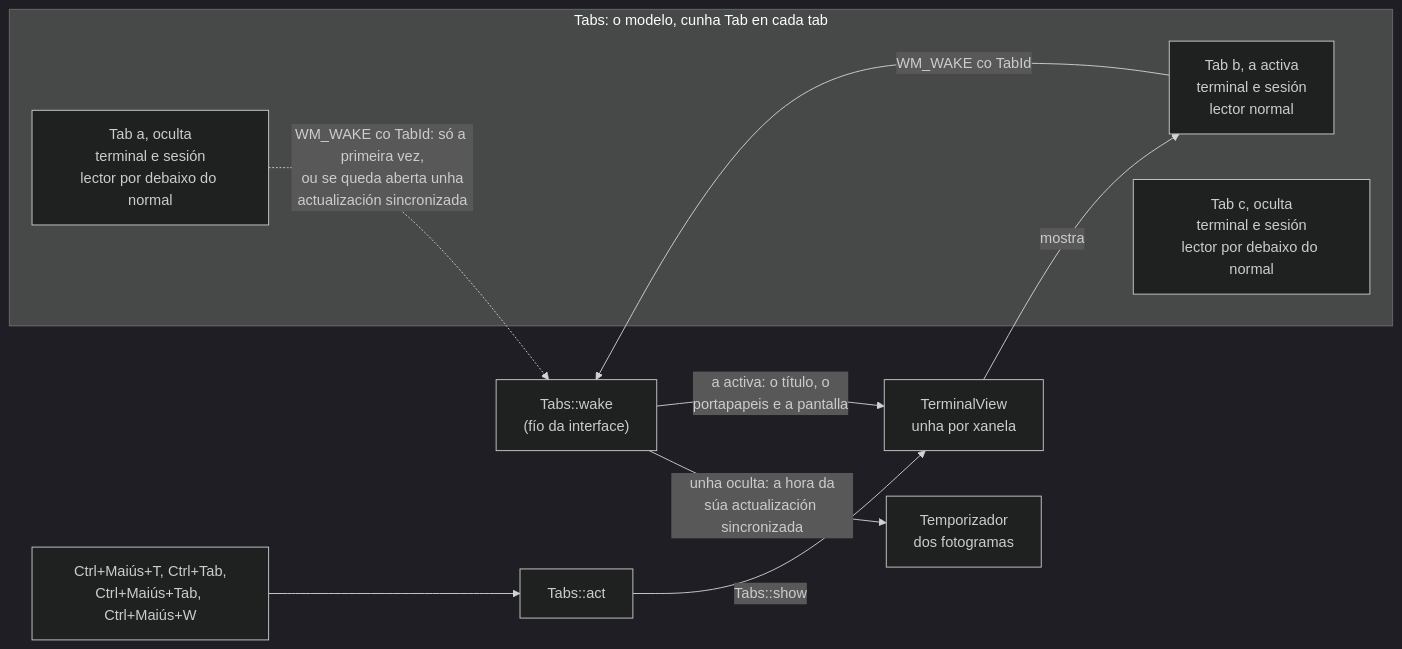
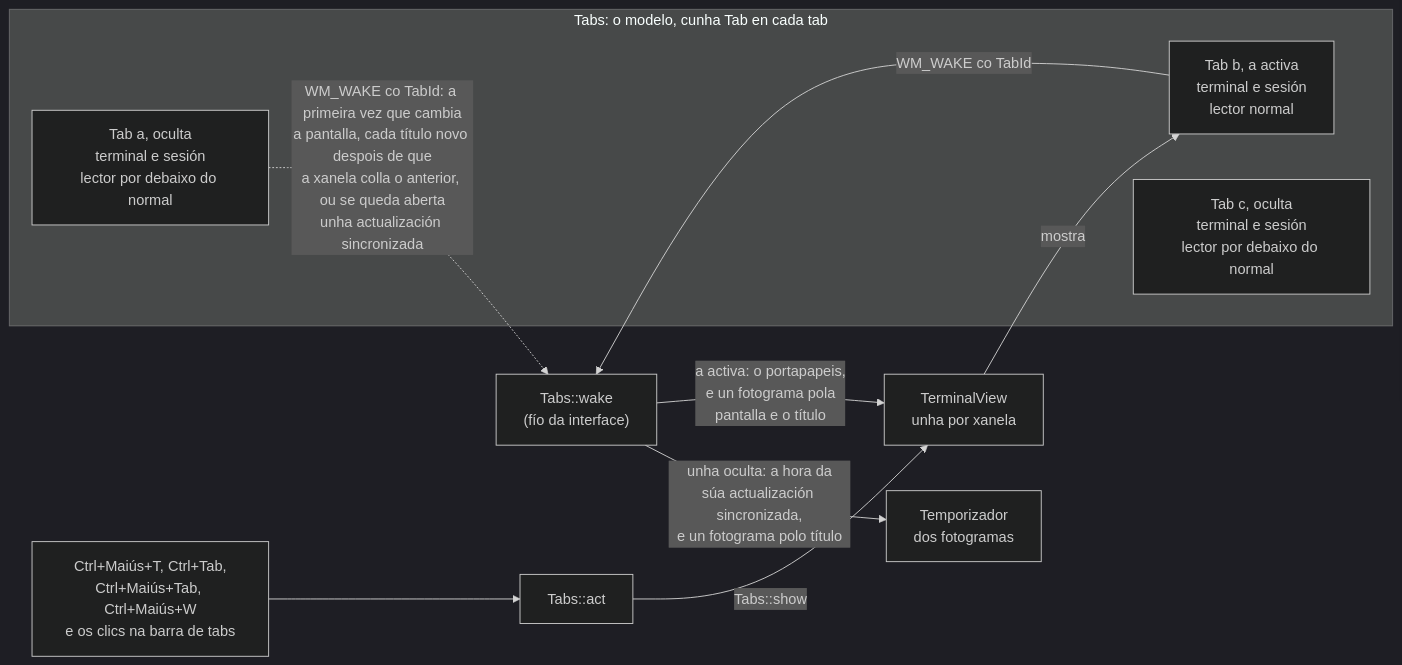
Diagram 12 of 16 in docs/arquitectura.md (NewHouses/meiga), drawn with Mermaid (dark theme) before and after one commit. The commit also changed other lines of this file and 37 other files, not shown here.

````diff
--- a/docs/arquitectura.md
+++ b/docs/arquitectura.md
@@ -327,15 +328,15 @@
 ```mermaid
 flowchart LR
     subgraph model["Tabs: o modelo, cunha Tab en cada tab"]
         a["Tab a, oculta<br/>terminal e sesión<br/>lector por debaixo do normal"]
         b["Tab b, a activa<br/>terminal e sesión<br/>lector normal"]
         c["Tab c, oculta<br/>terminal e sesión<br/>lector por debaixo do normal"]
     end
     view["TerminalView<br/>unha por xanela"] -- "mostra" --> b
     b -- "WM_WAKE co TabId" --> ui["Tabs::wake<br/>(fío da interface)"]
-    a -. "WM_WAKE co TabId: só a primeira vez,<br/>ou se queda aberta unha<br/>actualización sincronizada" .-> ui
-    ui -- "a activa: o título, o<br/>portapapeis e a pantalla" --> view
-    ui -- "unha oculta: a hora da<br/>súa actualización sincronizada" --> timer["Temporizador<br/>dos fotogramas"]
-    keys["Ctrl+Maiús+T, Ctrl+Tab,<br/>Ctrl+Maiús+Tab, Ctrl+Maiús+W"] --> act["Tabs::act"]
+    a -. "WM_WAKE co TabId: a primeira vez que cambia<br/>a pantalla, cada título novo despois de que<br/>a xanela colla o anterior, ou se queda aberta<br/>unha actualización sincronizada" .-> ui
+    ui -- "a activa: o portapapeis,<br/>e un fotograma pola<br/>pantalla e o título" --> view
+    ui -- "unha oculta: a hora da<br/>súa actualización sincronizada,<br/>e un fotograma polo título" --> timer["Temporizador<br/>dos fotogramas"]
+    keys["Ctrl+Maiús+T, Ctrl+Tab,<br/>Ctrl+Maiús+Tab, Ctrl+Maiús+W<br/>e os clics na barra de tabs"] --> act["Tabs::act"]
     act -- "Tabs::show" --> view
 ```
````
